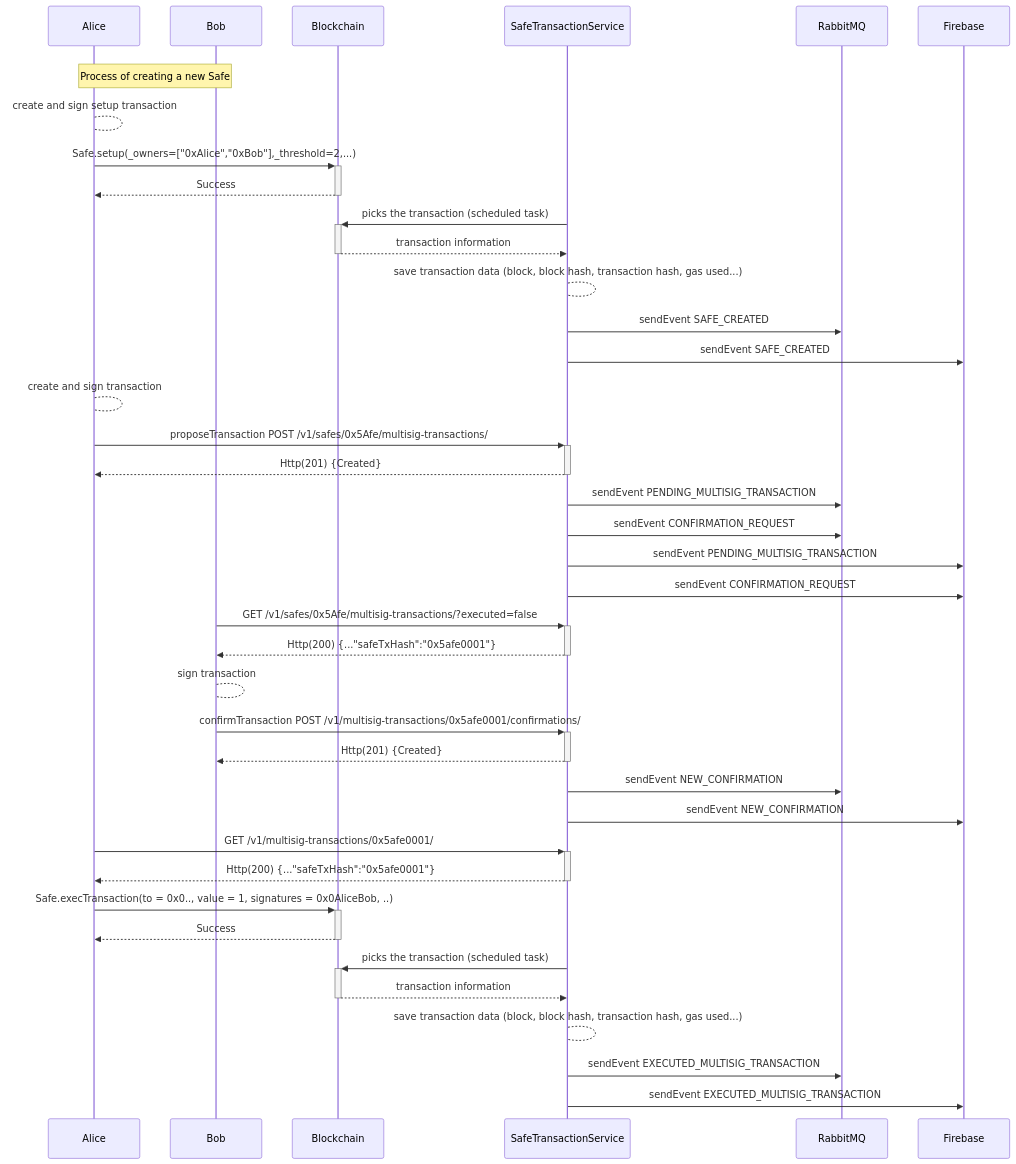
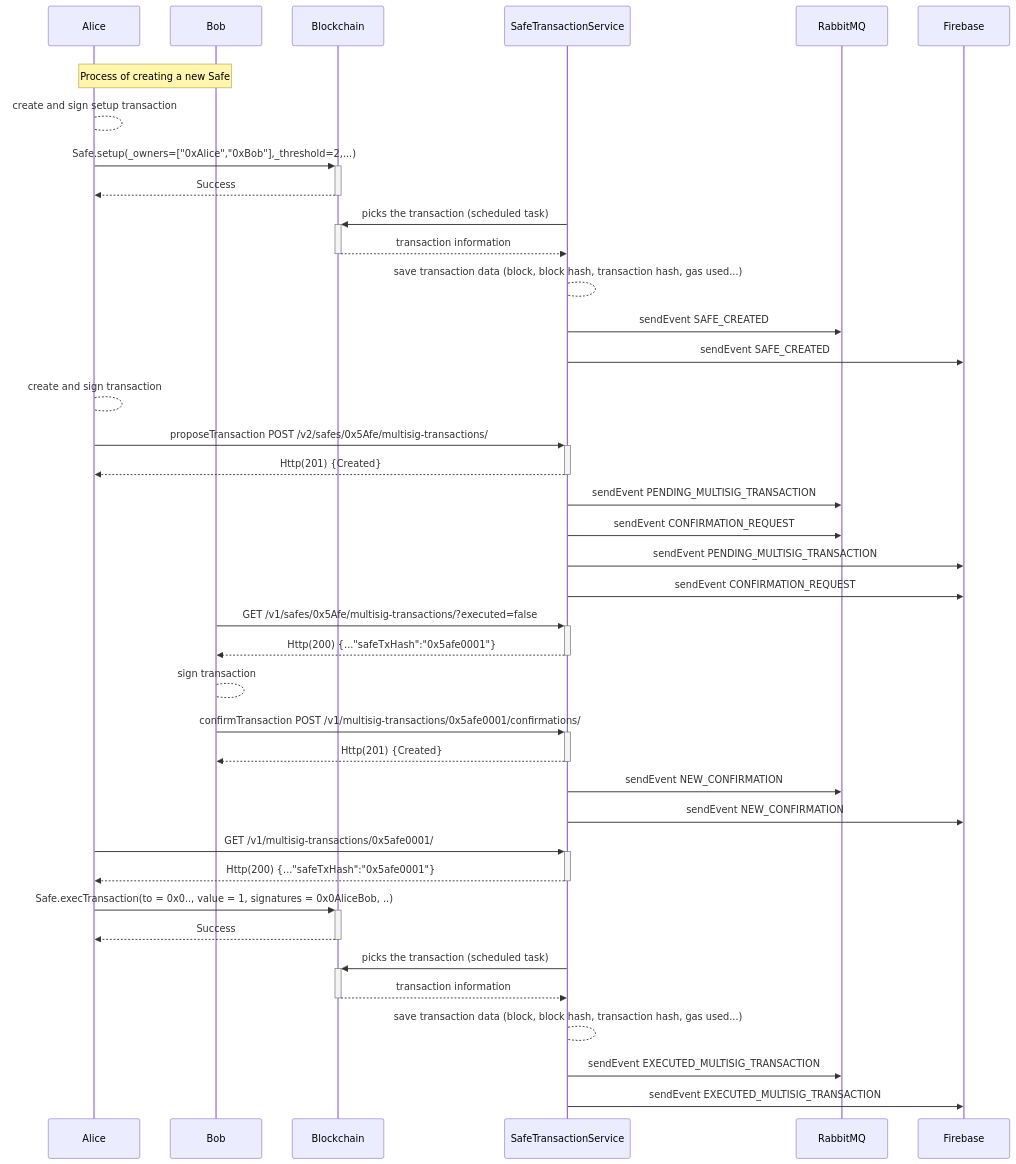
One commit to safe-global/safe-docs changed the first of 2 diagrams in pages/core-api/api-safe-transaction-service.mdx. Above: the diagram before and after it, drawn with Mermaid. The commit also changed other lines of this file and 12 other files, not shown here.

````diff
--- a/pages/core-api/api-safe-transaction-service.mdx
+++ b/pages/core-api/api-safe-transaction-service.mdx
@@ -79,40 +79,40 @@
 ``` mermaid
 sequenceDiagram
     participant A as Alice
     participant B as Bob
     participant Blockchain
     rect rgba(255,255,255,.1)
     Note over A,B: Process of creating a new Safe 
     A-->A: create and sign setup transaction
     A->>+Blockchain: Safe.setup(_owners=["0xAlice","0xBob"],_threshold=2,...)
     Blockchain-->>-A: Success
     SafeTransactionService->>+Blockchain: picks the transaction (scheduled task)
     Blockchain-->>-SafeTransactionService: transaction information
     SafeTransactionService-->SafeTransactionService: save transaction data (block, block hash, transaction hash, gas used...)
     SafeTransactionService->>RabbitMQ: sendEvent SAFE_CREATED
     SafeTransactionService->>Firebase: sendEvent SAFE_CREATED
     end
     A-->A: create and sign transaction
-    A->>+SafeTransactionService: proposeTransaction POST /v1/safes/0x5Afe/multisig-transactions/
+    A->>+SafeTransactionService: proposeTransaction POST /v2/safes/0x5Afe/multisig-transactions/
     SafeTransactionService-->>-A: Http(201) {Created}
     SafeTransactionService->>RabbitMQ: sendEvent PENDING_MULTISIG_TRANSACTION
     SafeTransactionService->>RabbitMQ: sendEvent CONFIRMATION_REQUEST
     SafeTransactionService->>Firebase: sendEvent PENDING_MULTISIG_TRANSACTION
     SafeTransactionService->>Firebase: sendEvent CONFIRMATION_REQUEST
     B->>+SafeTransactionService: GET /v1/safes/0x5Afe/multisig-transactions/?executed=false
     SafeTransactionService-->>-B: Http(200) {..."safeTxHash":"0x5afe0001"}
     B-->B: sign transaction
     B->>+SafeTransactionService: confirmTransaction POST /v1/multisig-transactions/0x5afe0001/confirmations/
     SafeTransactionService-->>-B: Http(201) {Created}
     SafeTransactionService->>RabbitMQ: sendEvent NEW_CONFIRMATION
     SafeTransactionService->>Firebase: sendEvent NEW_CONFIRMATION
     A->>+SafeTransactionService: GET /v1/multisig-transactions/0x5afe0001/
     SafeTransactionService-->>-A: Http(200) {..."safeTxHash":"0x5afe0001"}
     A->>+Blockchain: Safe.execTransaction(to = 0x0.., value = 1, signatures = 0x0AliceBob, ..)
     Blockchain-->>-A: Success
     SafeTransactionService->>+Blockchain: picks the transaction (scheduled task)
     Blockchain-->>-SafeTransactionService: transaction information
     SafeTransactionService-->SafeTransactionService: save transaction data (block, block hash, transaction hash, gas used...)
     SafeTransactionService->>RabbitMQ: sendEvent EXECUTED_MULTISIG_TRANSACTION
     SafeTransactionService->>Firebase: sendEvent EXECUTED_MULTISIG_TRANSACTION
 ```
````
